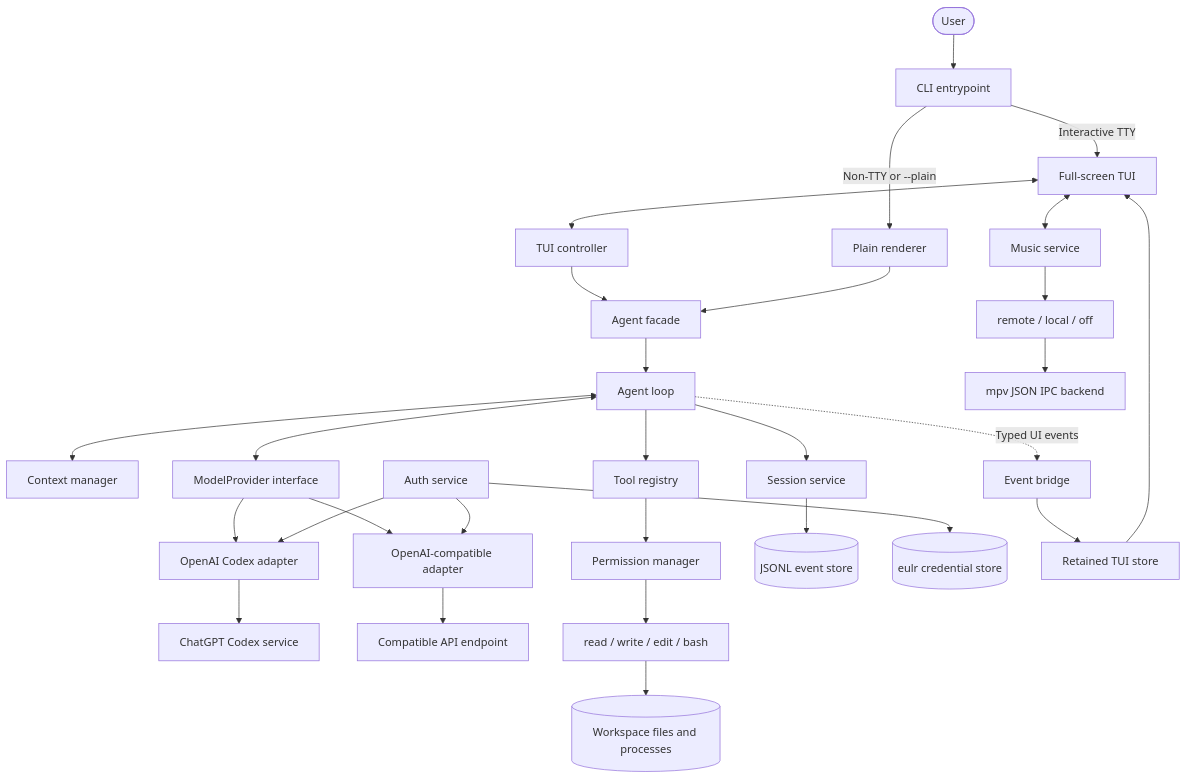
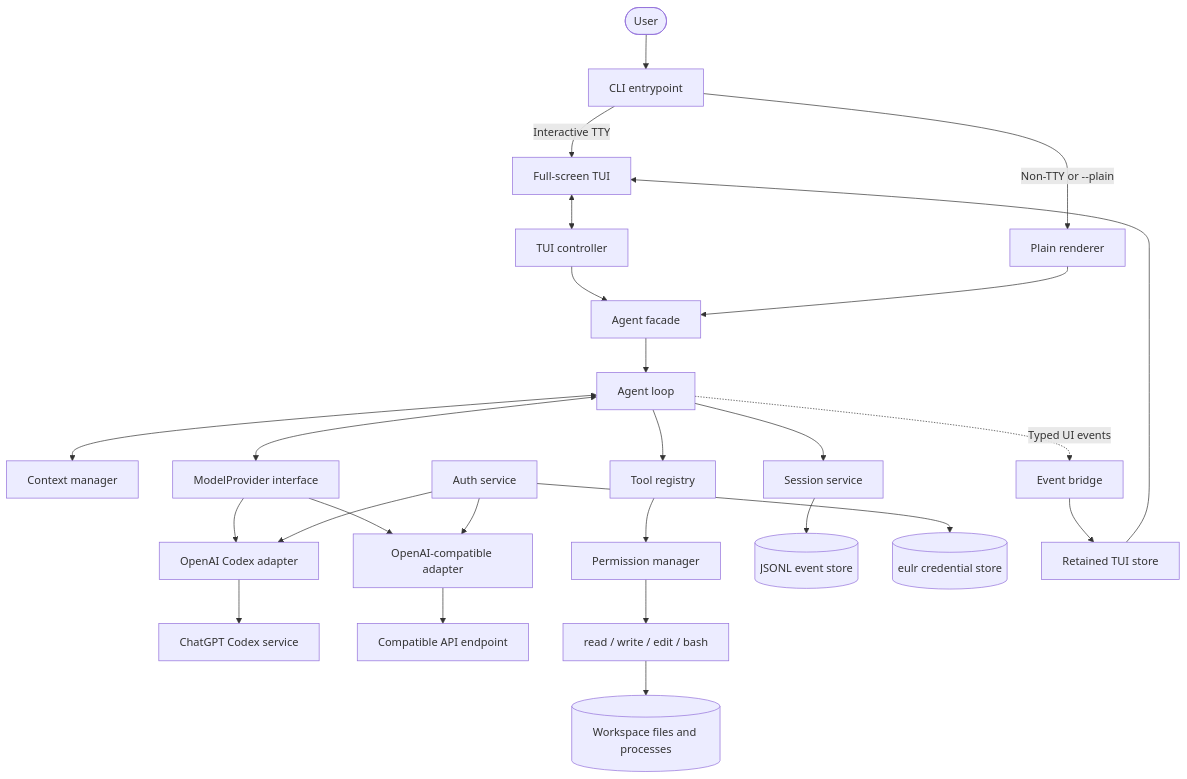
The first of 2 diagrams in README.md (lainx86/eulr), drawn with Mermaid before and after one commit. The commit also changed other lines of this file and 36 other files, not shown here.

Commit message:
deleting music player and service

````diff
--- a/README.md
+++ b/README.md
@@ -394,38 +343,35 @@
 ```mermaid
 flowchart TB
     User([User]) --> CLI[CLI entrypoint]
 
     CLI -->|Interactive TTY| TUI[Full-screen TUI]
     CLI -->|Non-TTY or --plain| Plain[Plain renderer]
     TUI <--> Controller[TUI controller]
     Controller --> Agent[Agent facade]
     Plain --> Agent
 
     Agent --> CoreLoop[Agent loop]
     CoreLoop <--> Context[Context manager]
     CoreLoop <--> Provider[ModelProvider interface]
     CoreLoop --> Registry[Tool registry]
     CoreLoop --> Sessions[Session service]
 
     Provider --> Codex[OpenAI Codex adapter]
     Provider --> Compatible[OpenAI-compatible adapter]
     Codex --> CodexService[ChatGPT Codex service]
     Compatible --> CompatibleAPI[Compatible API endpoint]
 
     Registry --> Permissions[Permission manager]
     Permissions --> Tools[read / write / edit / bash]
     Tools --> Workspace[(Workspace files and processes)]
 
     Sessions --> EventStore[(JSONL event store)]
     Auth[Auth service] --> Credentials[(eulr credential store)]
     Auth --> Codex
     Auth --> Compatible
 
     CoreLoop -. Typed UI events .-> Bridge[Event bridge]
     Bridge --> Store[Retained TUI store]
     Store --> TUI
 
-    TUI <--> Music[Music service]
-    Music --> Sources[remote / local / off]
-    Sources --> MPV[mpv JSON IPC backend]
 ```
````
